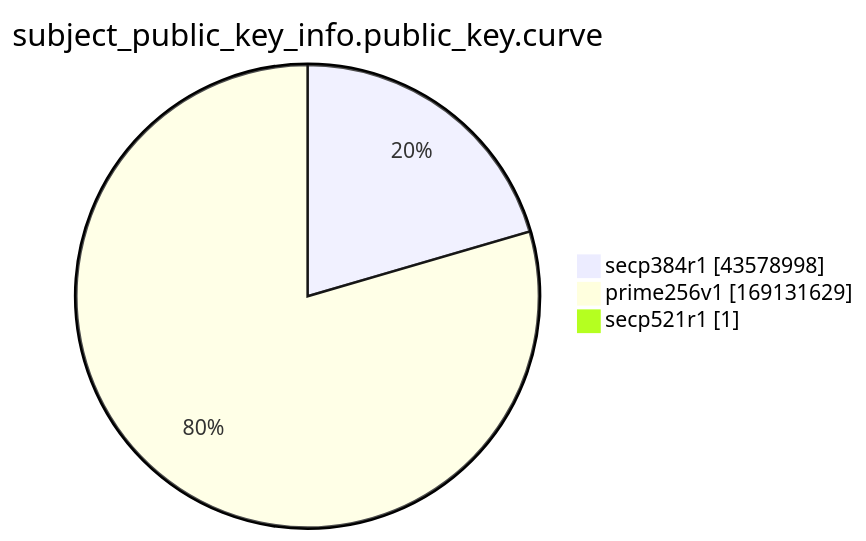
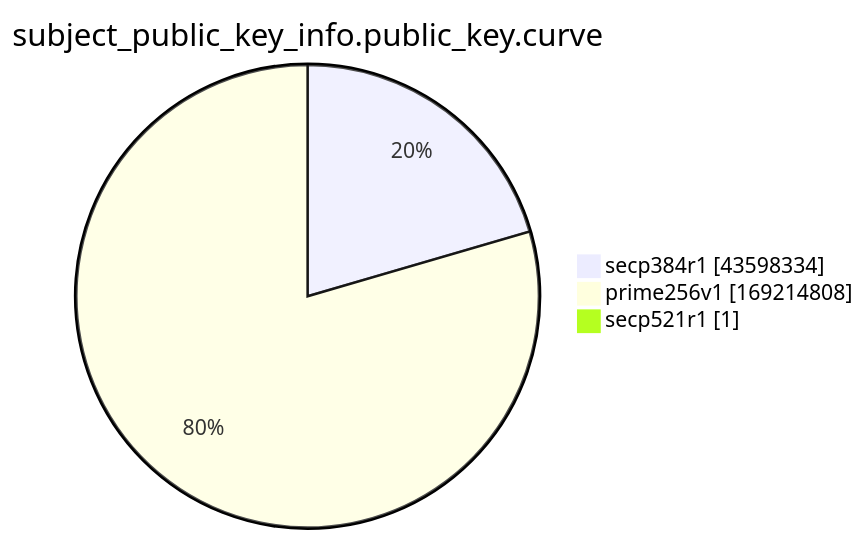
Before and after one commit to christiankrug/ctmonitor_visualization: the ninth of 15 diagrams in xenon2022/README.md, drawn with Mermaid. The commit also changed other lines of this file, not shown here.

````diff
--- a/xenon2022/README.md
+++ b/xenon2022/README.md
@@ -2870,7 +2870,7 @@
 ```mermaid
 pie showData
 title subject_public_key_info.public_key.curve
-"secp384r1" :43578998
-"prime256v1" :169131629
+"secp384r1" :43598334
+"prime256v1" :169214808
 "secp521r1" :1
 ```
````
